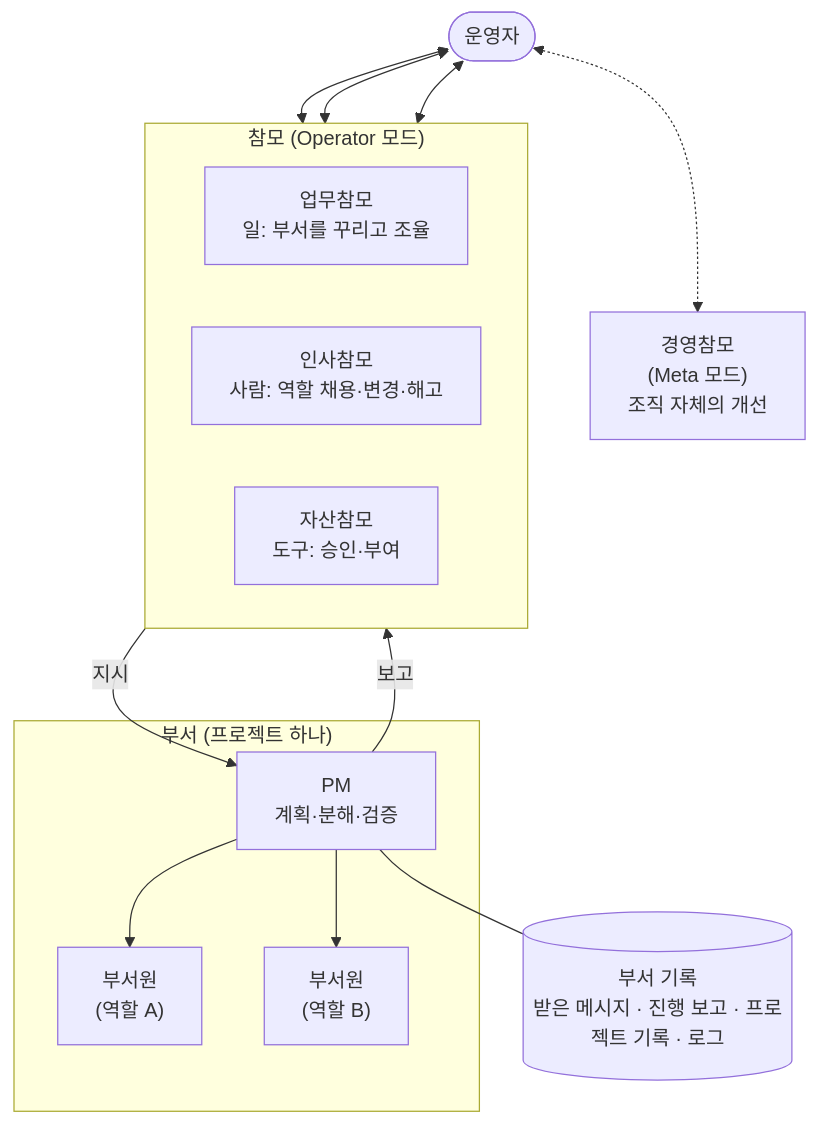
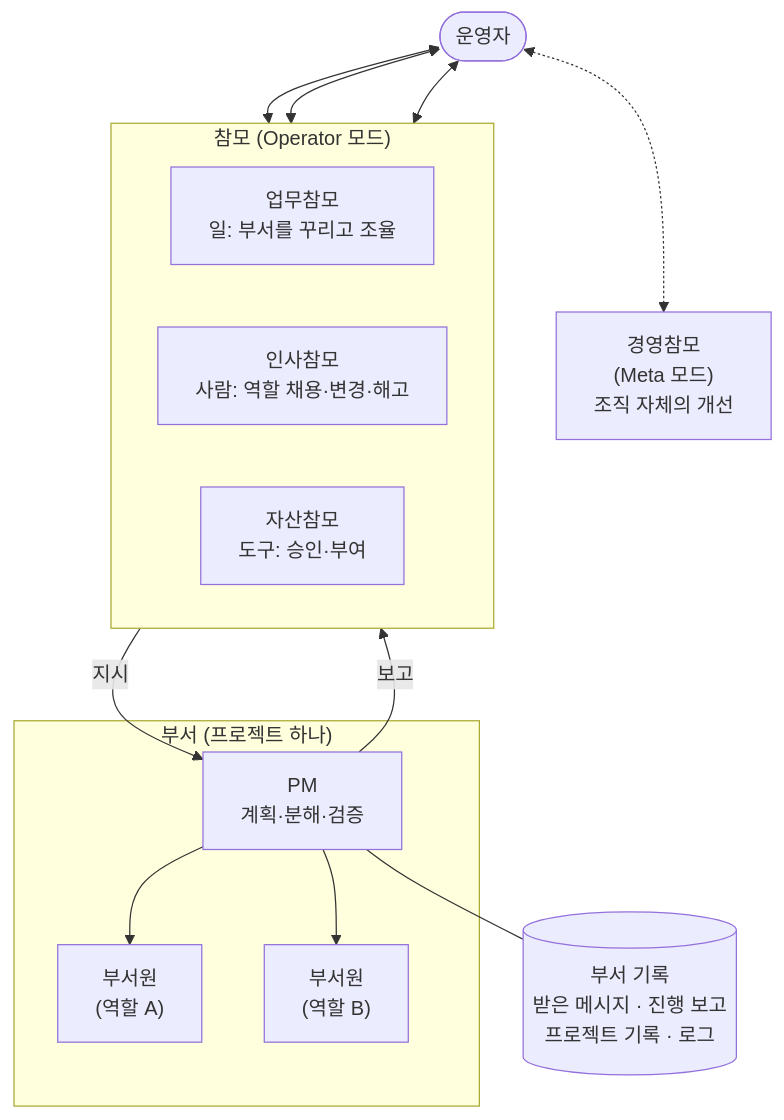
Before and after one commit to Alex2006-KOR/aise-org-site: the diagram in docs/story/at-a-glance.md, drawn with Mermaid. The commit also changed 77 other files, not shown here.

Commit message:
Figure 2-2 label breaks on purpose, figure 4-7 note follows the starter catalog; gate on the integrated tree

````diff
--- a/docs/story/at-a-glance.md
+++ b/docs/story/at-a-glance.md
@@ -116,26 +116,26 @@
 ```mermaid
 flowchart TB
   OP(["운영자"])
   subgraph STAFF["참모 (Operator 모드)"]
     direction LR
     W["업무참모<br/>일: 부서를 꾸리고 조율"]
     H["인사참모<br/>사람: 역할 채용·변경·해고"]
     A["자산참모<br/>도구: 승인·부여"]
   end
   MG["경영참모<br/>(Meta 모드)<br/>조직 자체의 개선"]
   subgraph DEPT["부서 (프로젝트 하나)"]
     PM["PM<br/>계획·분해·검증"]
     M1["부서원<br/>(역할 A)"]
     M2["부서원<br/>(역할 B)"]
   end
-  REC[("부서 기록<br/>받은 메시지 · 진행 보고 · 프로젝트 기록 · 로그")]
+  REC[("부서 기록<br/>받은 메시지 · 진행 보고<br/>프로젝트 기록 · 로그")]
   OP <--> W
   OP <--> H
   OP <--> A
   OP <-.-> MG
   W -->|"지시"| PM
   PM -->|"보고"| W
   PM --> M1
   PM --> M2
   PM --- REC
 ```
````
